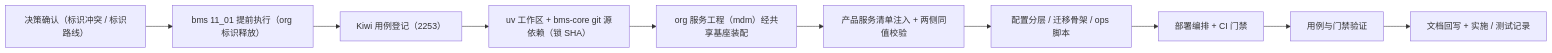
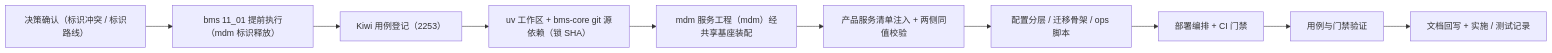
The diagram in mdm文档/项目/01_mdm 产品奠基/任务/01_组织主数据承接/01_组织主数据承接_01_mdm产品工程骨架与平台接入/实施/01_实施_01_mdm产品工程骨架与平台接入.md (minjian123/master-data-management), drawn with Mermaid before and after one commit. The commit also changed other lines of this file and 314 other files, not shown here.

Commit message:
refactor(命名): 全仓 org 统一为 mdm（目录/模块键/能力名/常量/文档）

````diff
--- a/mdm文档/项目/01_mdm 产品奠基/任务/01_组织主数据承接/01_组织主数据承接_01_mdm产品工程骨架与平台接入/实施/01_实施_01_mdm产品工程骨架与平台接入.md
+++ b/mdm文档/项目/01_mdm 产品奠基/任务/01_组织主数据承接/01_组织主数据承接_01_mdm产品工程骨架与平台接入/实施/01_实施_01_mdm产品工程骨架与平台接入.md
@@ -24,12 +24,12 @@
 ```mermaid
 flowchart LR
-    A["决策确认（标识冲突 / 标识路线）"] --> B["bms 11_01 提前执行（org 标识释放）"]
+    A["决策确认（标识冲突 / 标识路线）"] --> B["bms 11_01 提前执行（mdm 标识释放）"]
     B --> C["Kiwi 用例登记（2253）"]
     C --> D["uv 工作区 + bms-core git 源依赖（锁 SHA）"]
-    D --> E["org 服务工程（mdm）经共享基座装配"]
+    D --> E["mdm 服务工程（mdm）经共享基座装配"]
     E --> F["产品服务清单注入 + 两侧同值校验"]
     F --> G["配置分层 / 迁移骨架 / ops 脚本"]
     G --> H["部署编排 + CI 门禁"]
     H --> I["用例与门禁验证"]
     I --> J["文档回写 + 实施 / 测试记录"]
 ```
````
